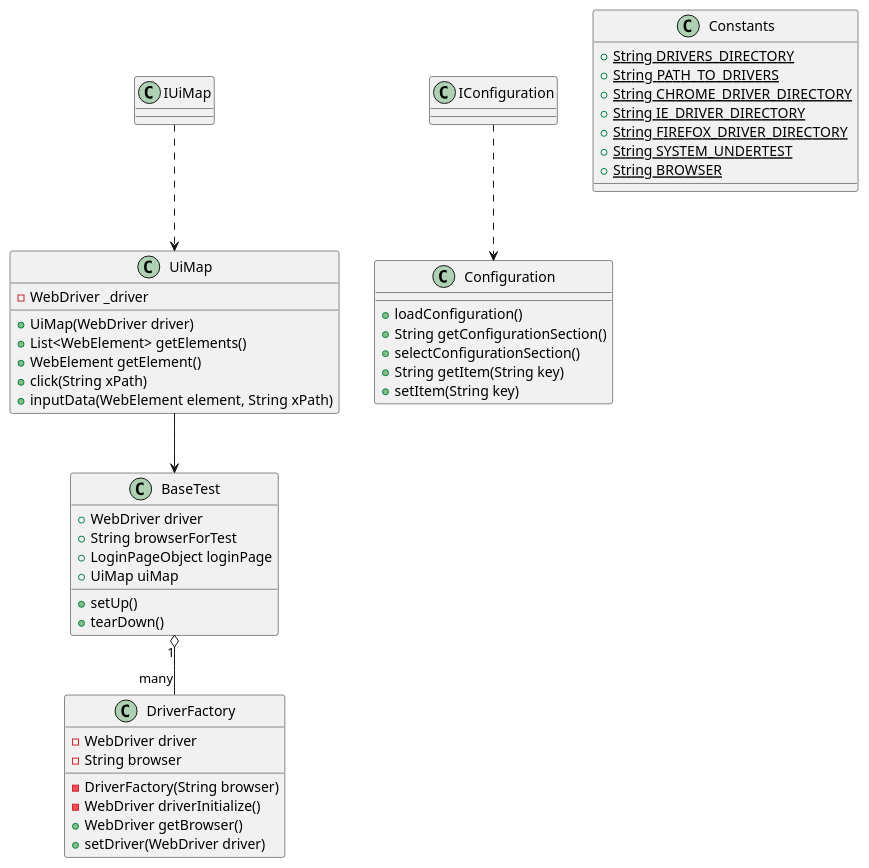
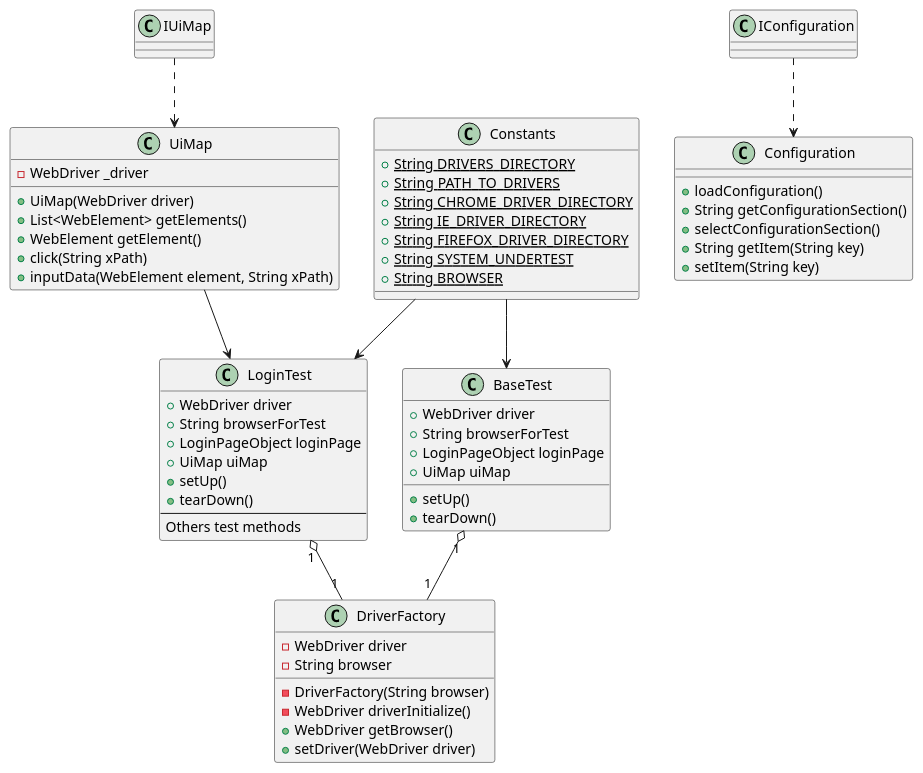
The diagram in src/uml/ATF Class Diagram.puml (Moriceg/ATF_from_scratch_EM), drawn with PlantUML before and after one commit. The commit also changed 3 other files, not shown here.

Commit message:
update sequence diagram

```diff
--- a/src/uml/ATF Class Diagram.puml
+++ b/src/uml/ATF Class Diagram.puml
@@ -1,55 +1,70 @@
 @startuml
 IUiMap ..> UiMap
 
 class UiMap {
 -WebDriver _driver
 +UiMap(WebDriver driver)
 +List<WebElement> getElements()
 +WebElement getElement()
 +click(String xPath)
 +inputData(WebElement element, String xPath)
 }
 
 class DriverFactory {
 -WebDriver driver
 -String browser
 -DriverFactory(String browser)
 -WebDriver driverInitialize()
 +WebDriver getBrowser()
 +setDriver(WebDriver driver)
 }
 
 IConfiguration ..> Configuration
 class Configuration{
 +loadConfiguration()
 +String getConfigurationSection()
 +selectConfigurationSection()
 +String getItem(String key)
 +setItem(String key)
 }
 
 
-BaseTest "1" o-- "many" DriverFactory
+LoginTest "1" o-- "1" DriverFactory
+BaseTest "1" o-- "1" DriverFactory
 
 class Constants {
 +{static}String DRIVERS_DIRECTORY
 +{static}String PATH_TO_DRIVERS
 +{static}String CHROME_DRIVER_DIRECTORY
 +{static}String IE_DRIVER_DIRECTORY
 +{static}String FIREFOX_DRIVER_DIRECTORY
 +{static}String SYSTEM_UNDERTEST
 +{static}String BROWSER
 }
 
 class BaseTest{
 +WebDriver driver
 +String browserForTest
 +LoginPageObject loginPage
 +UiMap uiMap
 +setUp()
 +tearDown()
 }
 
-UiMap -->  BaseTest
+
+class LoginTest{
++WebDriver driver
++String browserForTest
++LoginPageObject loginPage
++UiMap uiMap
++setUp()
++tearDown()
+--
+Others test methods
+}
+
+UiMap -->  LoginTest
+Constants --> LoginTest
+Constants --> BaseTest
 
 @enduml
```
